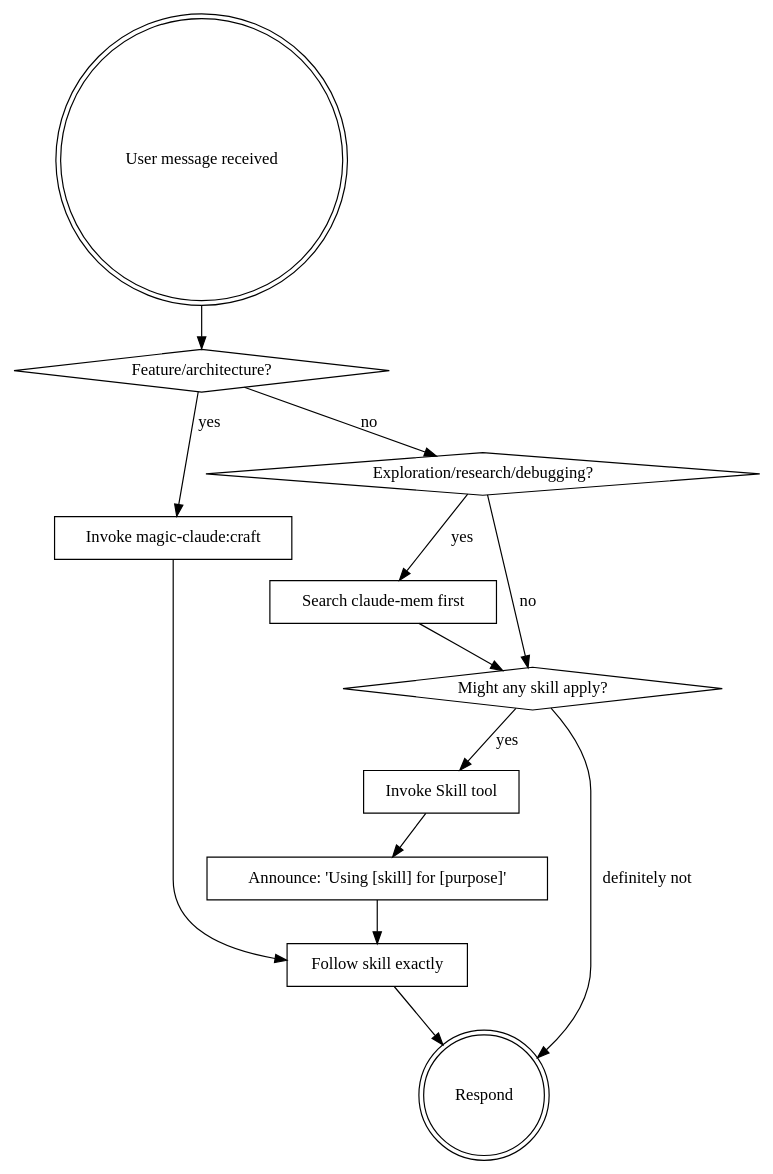
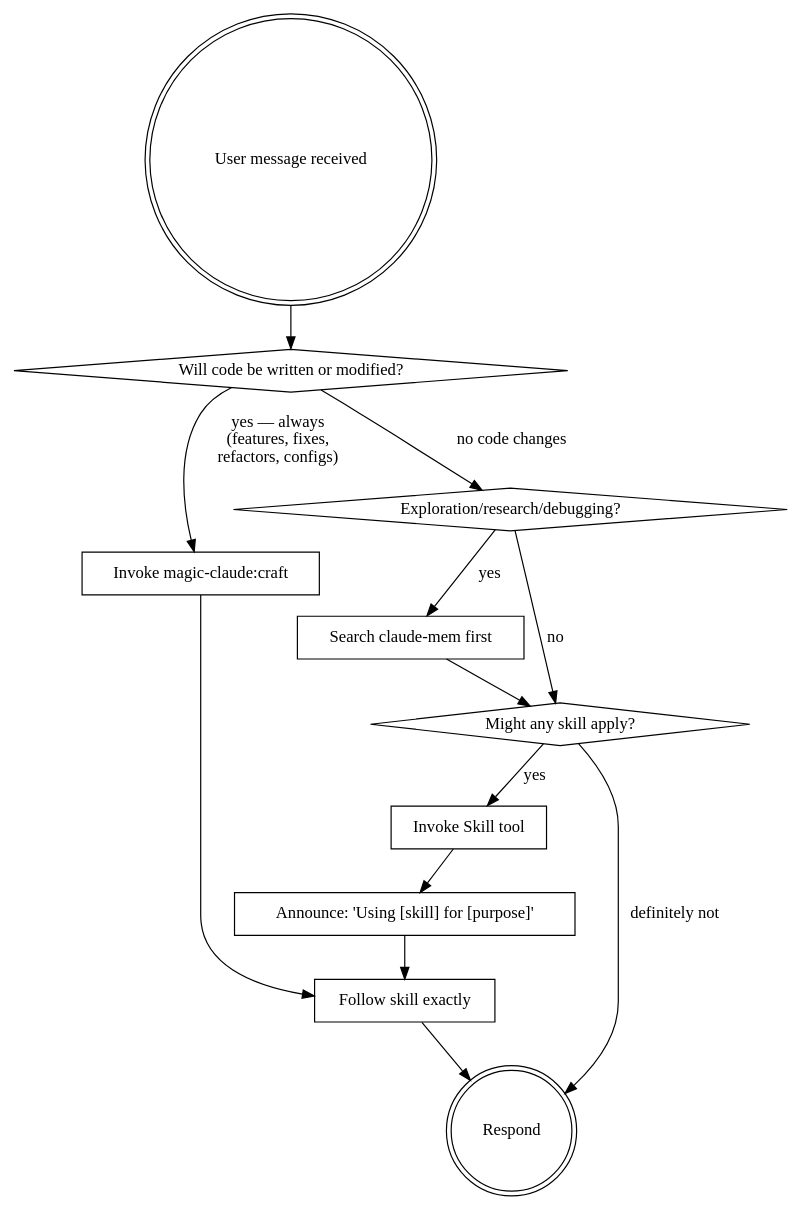
The diagram in plugin/skills/using-magic-claude/SKILL.md (doublefx/magic-claude), drawn with Graphviz before and after one commit. The commit also changed other lines of this file and 9 other files, not shown here.

````diff
--- a/plugin/skills/using-magic-claude/SKILL.md
+++ b/plugin/skills/using-magic-claude/SKILL.md
@@ -18,27 +18,27 @@
 ```dot
 digraph skill_flow {
     "User message received" [shape=doublecircle];
-    "Feature/architecture?" [shape=diamond];
+    "Will code be written or modified?" [shape=diamond];
     "Invoke magic-claude:craft" [shape=box];
     "Exploration/research/debugging?" [shape=diamond];
     "Search claude-mem first" [shape=box];
     "Might any skill apply?" [shape=diamond];
     "Invoke Skill tool" [shape=box];
     "Announce: 'Using [skill] for [purpose]'" [shape=box];
     "Follow skill exactly" [shape=box];
     "Respond" [shape=doublecircle];
 
-    "User message received" -> "Feature/architecture?";
-    "Feature/architecture?" -> "Invoke magic-claude:craft" [label="yes"];
-    "Feature/architecture?" -> "Exploration/research/debugging?" [label="no"];
+    "User message received" -> "Will code be written or modified?";
+    "Will code be written or modified?" -> "Invoke magic-claude:craft" [label="yes — always\n(features, fixes,\nrefactors, configs)"];
+    "Will code be written or modified?" -> "Exploration/research/debugging?" [label="no code changes"];
     "Exploration/research/debugging?" -> "Search claude-mem first" [label="yes"];
     "Exploration/research/debugging?" -> "Might any skill apply?" [label="no"];
     "Search claude-mem first" -> "Might any skill apply?";
     "Invoke magic-claude:craft" -> "Follow skill exactly";
     "Might any skill apply?" -> "Invoke Skill tool" [label="yes"];
     "Might any skill apply?" -> "Respond" [label="definitely not"];
     "Invoke Skill tool" -> "Announce: 'Using [skill] for [purpose]'";
     "Announce: 'Using [skill] for [purpose]'" -> "Follow skill exactly";
     "Follow skill exactly" -> "Respond";
 }
 ```
````
